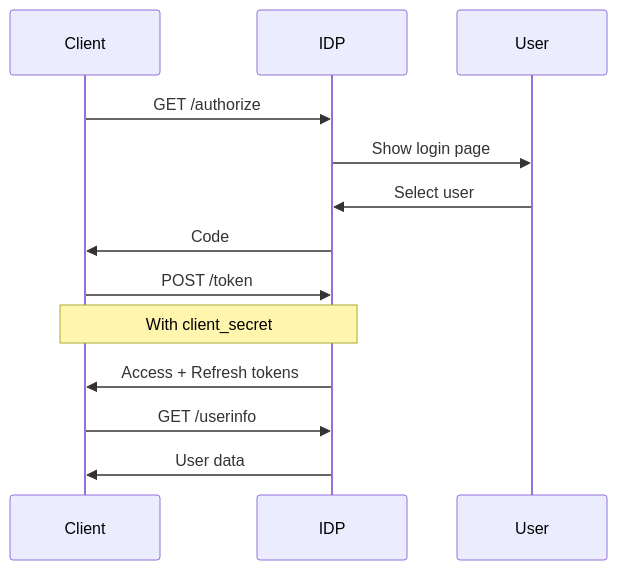
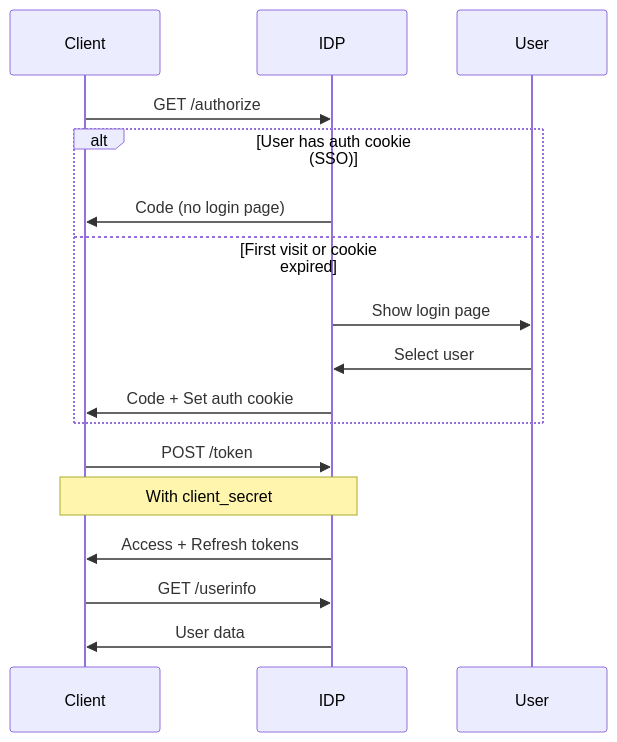
The third of 5 diagrams in .bdk/docs/features-identityprovider.md (BridgingIT-GmbH/bITdevKit.Examples.GettingStarted), drawn with Mermaid before and after one commit. The commit also changed other lines of this file and 77 other files, not shown here.

````diff
--- a/.bdk/docs/features-identityprovider.md
+++ b/.bdk/docs/features-identityprovider.md
@@ -130,16 +251,20 @@
 ```mermaid
 sequenceDiagram
     participant Client
     participant IDP
     participant User
-    
+
     Client->>IDP: GET /authorize
-    IDP->>User: Show login page
-    User->>IDP: Select user
-    IDP->>Client: Code
+    alt User has auth cookie (SSO)
+        IDP->>Client: Code (no login page)
+    else First visit or cookie expired
+        IDP->>User: Show login page
+        User->>IDP: Select user
+        IDP->>Client: Code + Set auth cookie
+    end
     Client->>IDP: POST /token
     Note over Client,IDP: With client_secret
     IDP->>Client: Access + Refresh tokens
     Client->>IDP: GET /userinfo
     IDP->>Client: User data
 ```
````
